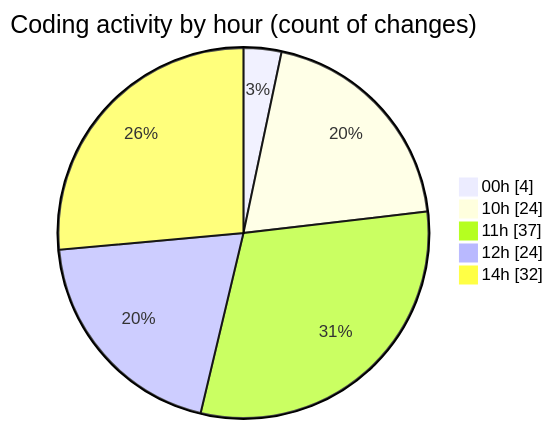
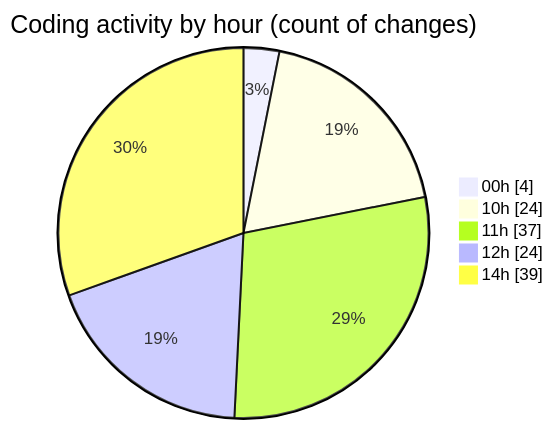
Before and after one commit to Netris89/code-tracking: the second of 2 diagrams in 2025-04-04/back-end/README.md, drawn with Mermaid. The commit also changed other lines of this file and 1 other file, not shown here.

````diff
--- a/2025-04-04/back-end/README.md
+++ b/2025-04-04/back-end/README.md
@@ -46,9 +46,9 @@
 ```mermaid
 pie showData
 title Coding activity by hour (count of changes)
 "00h" : 4
 "10h" : 24
 "11h" : 37
 "12h" : 24
-"14h" : 32
+"14h" : 39
 ```
````
